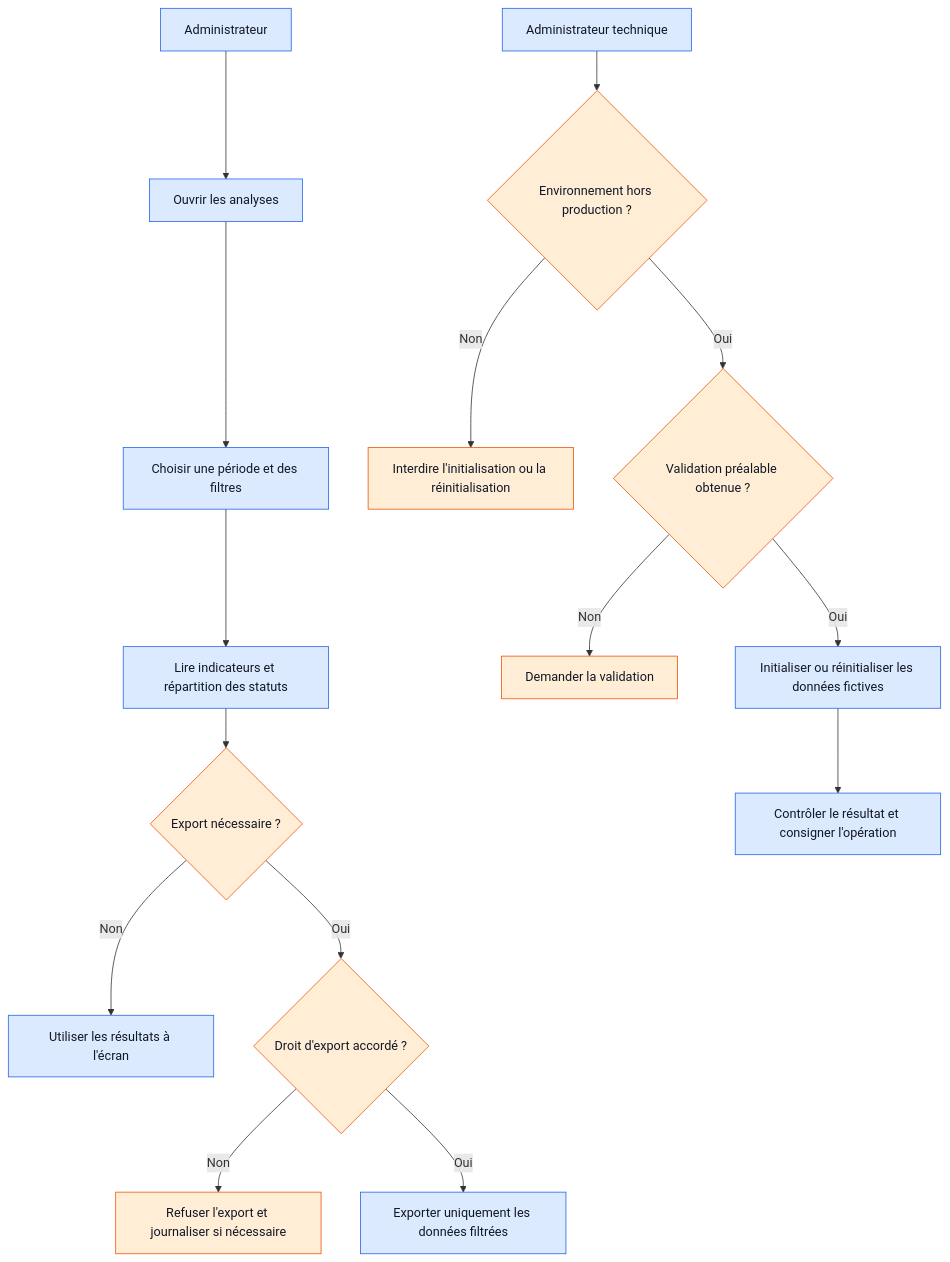
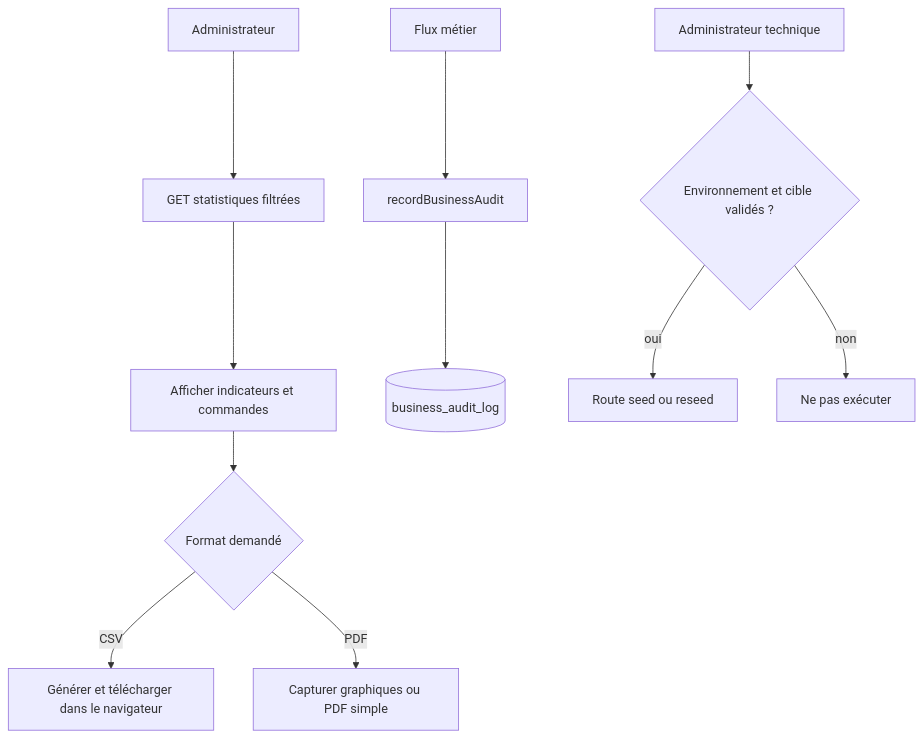
Before and after one commit to LordVERTON/danemo-website: the diagram in docs/workflows/08-analyses-exports-et-demonstration.md, drawn with Mermaid. The commit also changed other lines of this file and 8 other files, not shown here.

Commit message:
docs(workflows): document operational flows

````diff
--- a/docs/workflows/08-analyses-exports-et-demonstration.md
+++ b/docs/workflows/08-analyses-exports-et-demonstration.md
@@ -5,23 +33,13 @@
 ```mermaid
 flowchart TD
-    A[Administrateur] --> B[Ouvrir les analyses]
-    B --> C[Choisir une période et des filtres]
-    C --> D[Lire indicateurs et répartition des statuts]
-    D --> E{Export nécessaire ?}
-    E -- Non --> F[Utiliser les résultats à l'écran]
-    E -- Oui --> G{Droit d'export accordé ?}
-    G -- Non --> H[Refuser l'export et journaliser si nécessaire]
-    G -- Oui --> I[Exporter uniquement les données filtrées]
-
-    J[Administrateur technique] --> K{Environnement hors production ?}
-    K -- Non --> L[Interdire l'initialisation ou la réinitialisation]
-    K -- Oui --> M{Validation préalable obtenue ?}
-    M -- Non --> N[Demander la validation]
-    M -- Oui --> O[Initialiser ou réinitialiser les données fictives]
-    O --> P[Contrôler le résultat et consigner l'opération]
-
-    classDef internal fill:#dbeafe,stroke:#2563eb,color:#111827;
-    classDef control fill:#ffedd5,stroke:#ea580c,color:#111827;
-    class A,B,C,D,F,I,J,O,P internal;
-    class E,G,H,K,L,M,N control;
+  A[Administrateur] --> B[GET statistiques filtrées]
+  B --> C[Afficher indicateurs et commandes]
+  C --> D{Format demandé}
+  D -- CSV --> E[Générer et télécharger dans le navigateur]
+  D -- PDF --> F[Capturer graphiques ou PDF simple]
+  G[Flux métier] --> H[recordBusinessAudit]
+  H --> I[(business_audit_log)]
+  J[Administrateur technique] --> K{Environnement et cible validés ?}
+  K -- oui --> L[Route seed ou reseed]
+  K -- non --> M[Ne pas exécuter]
 ```
````
